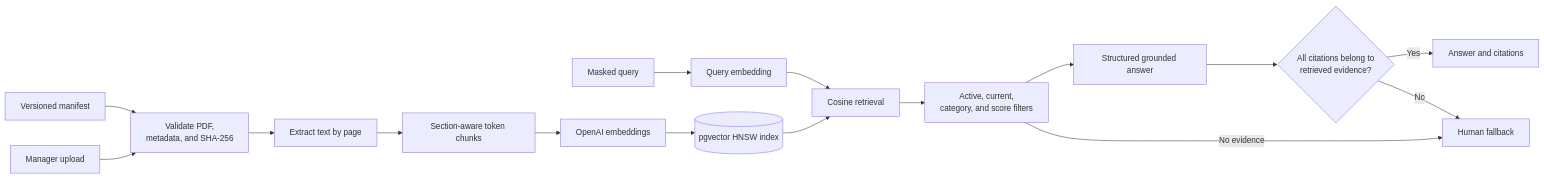
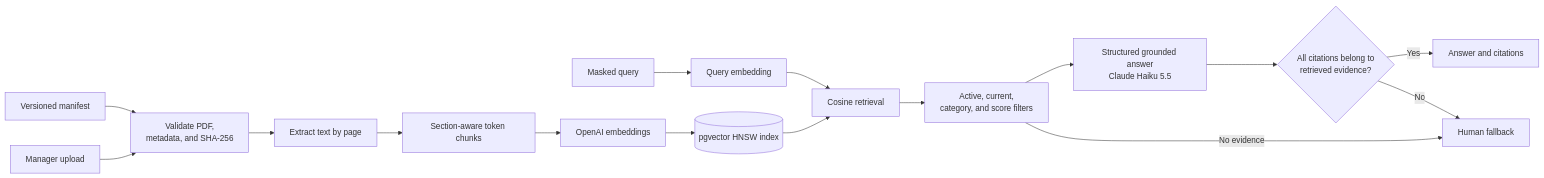
The diagram in docs/rag.md (ChristianMendozaa/banking-orchestration-system), drawn with Mermaid before and after one commit. The commit also changed other lines of this file and 25 other files, not shown here.

First line of the commit message:
Move orchestration model calls to Claude Haiku 5.5

````diff
--- a/docs/rag.md
+++ b/docs/rag.md
@@ -5,19 +5,19 @@
 ```mermaid
 flowchart LR
     Manifest[Versioned manifest] --> Validate[Validate PDF,<br/>metadata, and SHA-256]
     Upload[Manager upload] --> Validate
     Validate --> Extract[Extract text by page]
     Extract --> Chunk[Section-aware token chunks]
     Chunk --> Embed[OpenAI embeddings]
     Embed --> Index[(pgvector HNSW index)]
 
     Query[Masked query] --> QueryEmbed[Query embedding]
     QueryEmbed --> Retrieve[Cosine retrieval]
     Index --> Retrieve
     Retrieve --> Policy[Active, current,<br/>category, and score filters]
-    Policy --> Generate[Structured grounded answer]
+    Policy --> Generate[Structured grounded answer<br/>Claude Haiku 5.5]
     Generate --> Verify{All citations belong to<br/>retrieved evidence?}
     Verify -->|Yes| Answer[Answer and citations]
     Verify -->|No| Human[Human fallback]
     Policy -->|No evidence| Human
 ```
````
